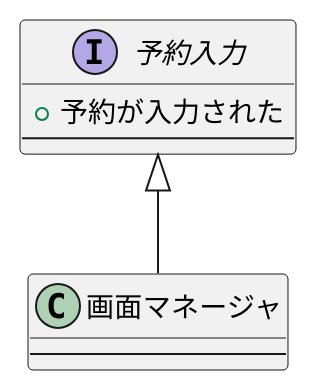
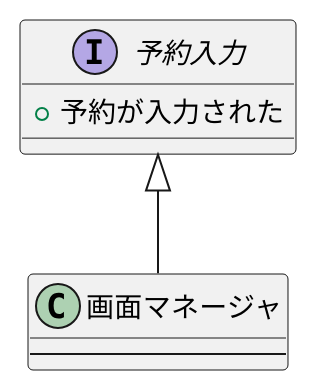
The diagram in 例題3-1_予約入力インターフェース.pu (eiki4221113/uml_introdaction), drawn with PlantUML before and after one commit.

Commit message:
予約入力インタフェース（）

```diff
--- a/例題3-1_予約入力インターフェース.pu
+++ b/例題3-1_予約入力インターフェース.pu
@@ -1,10 +1,9 @@
 @startuml
 interface  予約入力 {
 + 予約が入力された
----
 }
 class 画面マネージャ {
 ---
 }
 予約入力 <|-down- 画面マネージャ
 @enduml
```
